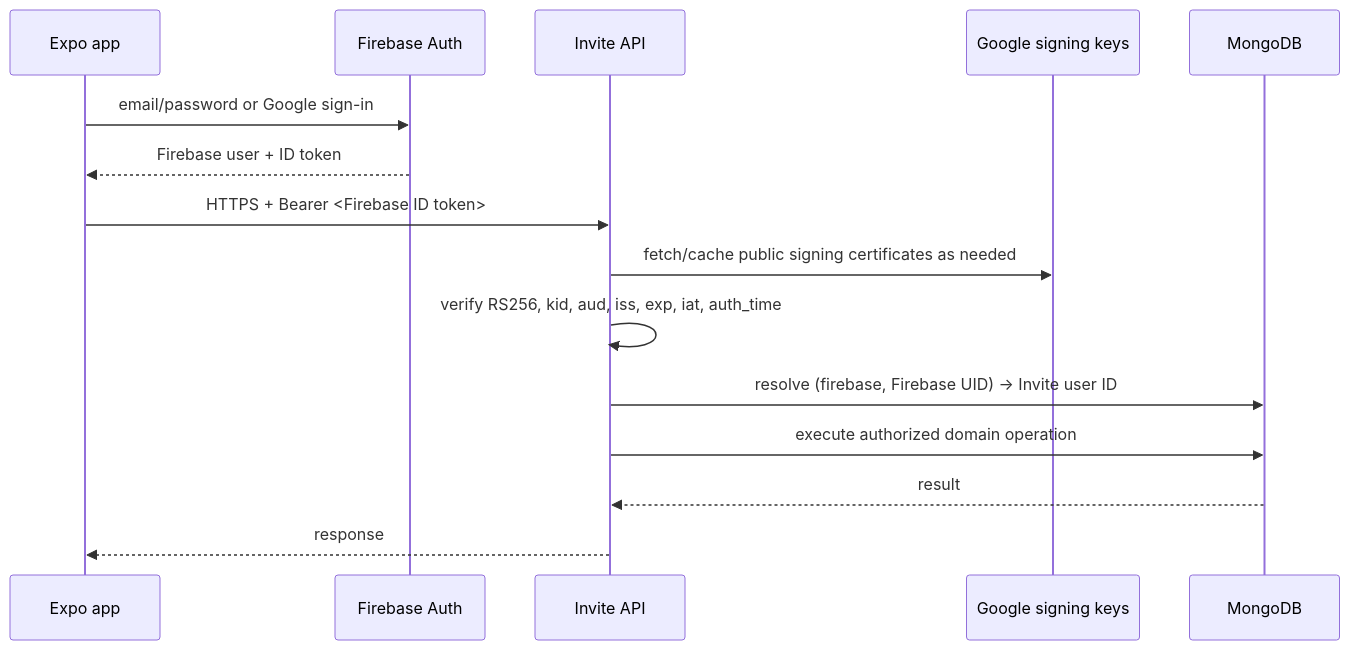
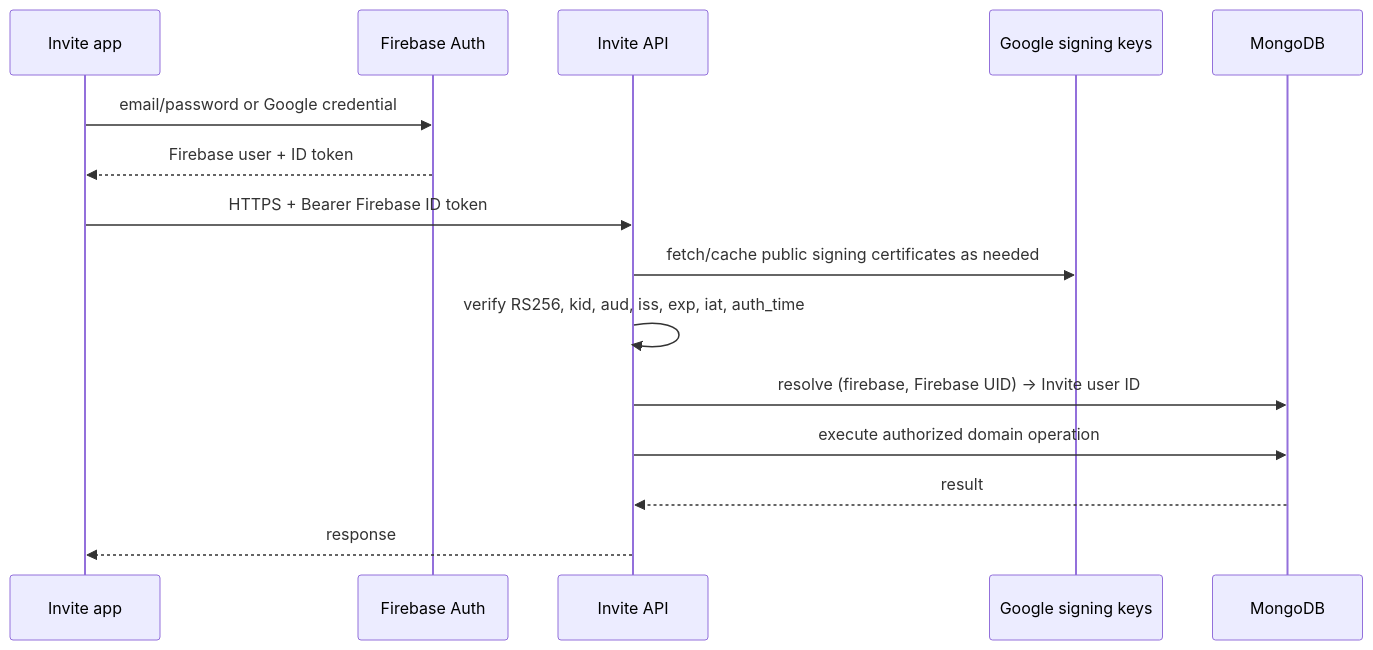
One commit to charifmahmoudi/Invite-someone-app changed the second of 3 diagrams in docs/ARCHITECTURE.md. Above: the diagram before and after it, drawn with Mermaid. The commit also changed other lines of this file, not shown here.

Commit message:
docs: align architecture with staged Firebase deployment

````diff
--- a/docs/ARCHITECTURE.md
+++ b/docs/ARCHITECTURE.md
@@ -72,18 +85,18 @@
 ```mermaid
 sequenceDiagram
-  participant App as Expo app
+  participant App as Invite app
   participant Firebase as Firebase Auth
   participant API as Invite API
   participant Google as Google signing keys
   participant DB as MongoDB
 
-  App->>Firebase: email/password or Google sign-in
+  App->>Firebase: email/password or Google credential
   Firebase-->>App: Firebase user + ID token
-  App->>API: HTTPS + Bearer <Firebase ID token>
+  App->>API: HTTPS + Bearer Firebase ID token
   API->>Google: fetch/cache public signing certificates as needed
   API->>API: verify RS256, kid, aud, iss, exp, iat, auth_time
   API->>DB: resolve (firebase, Firebase UID) -> Invite user ID
   API->>DB: execute authorized domain operation
   DB-->>API: result
   API-->>App: response
 ```
````
